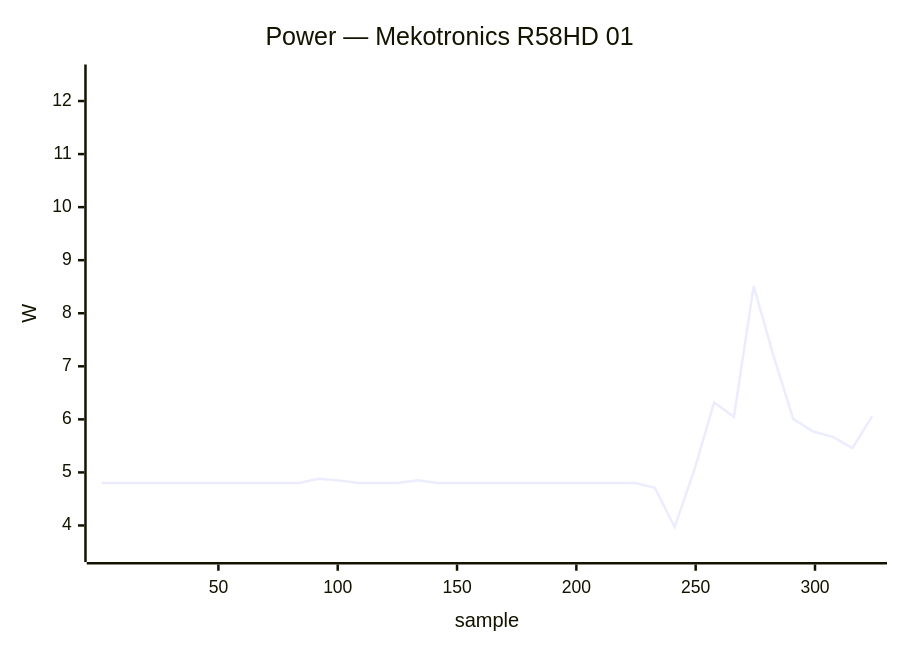
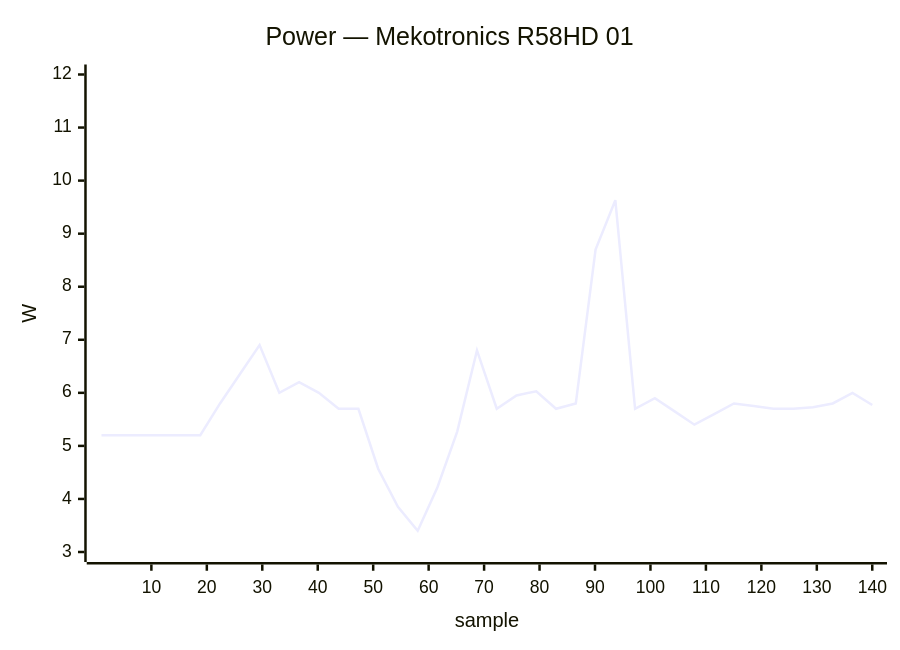
Before and after one commit to armbian/documentation: diagram 18 of 41 in docs/status/board-tests.md, drawn with Mermaid. The commit also changed other lines of this file, not shown here.

````diff
--- a/docs/status/board-tests.md
+++ b/docs/status/board-tests.md
@@ -724,7 +789,7 @@
 ```mermaid
 xychart-beta
     title "Power — Mekotronics R58HD 01"
-    x-axis "sample" 1 --> 324
-    y-axis "W" 3.5 --> 12.5
-    line [4.80, 4.80, 4.80, 4.80, 4.80, 4.80, 4.80, 4.80, 4.80, 4.80, 4.80, 4.88, 4.85, 4.80, 4.80, 4.80, 4.85, 4.80, 4.80, 4.80, 4.80, 4.80, 4.80, 4.80, 4.80, 4.80, 4.80, 4.80, 4.71, 3.97, 5.05, 6.32, 6.05, 8.51, 7.20, 6.01, 5.77, 5.67, 5.46, 6.06]
+    x-axis "sample" 1 --> 140
+    y-axis "W" 3.0 --> 12.0
+    line [5.20, 5.20, 5.20, 5.20, 5.20, 5.20, 5.80, 6.35, 6.90, 6.00, 6.20, 6.00, 5.70, 5.70, 4.57, 3.85, 3.40, 4.22, 5.27, 6.80, 5.70, 5.95, 6.03, 5.70, 5.80, 8.70, 9.63, 5.70, 5.90, 5.65, 5.40, 5.60, 5.80, 5.75, 5.70, 5.70, 5.73, 5.80, 6.00, 5.77]
 ```
````
